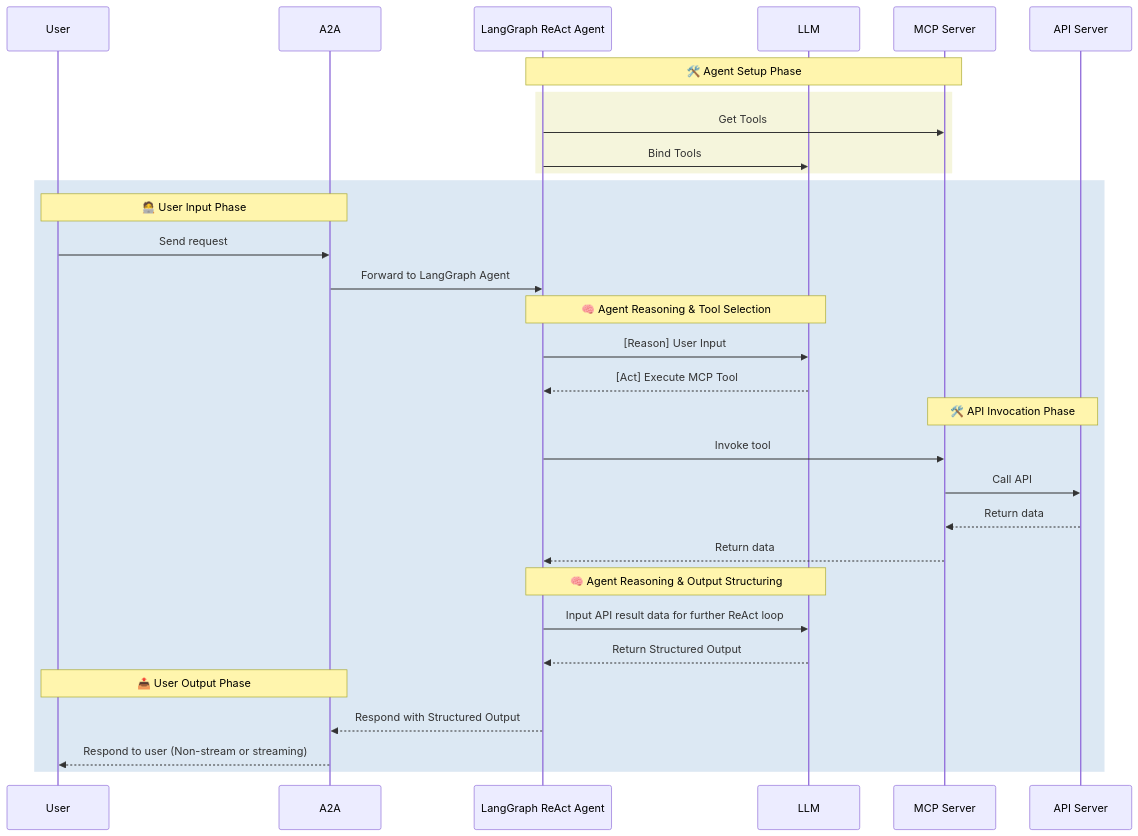
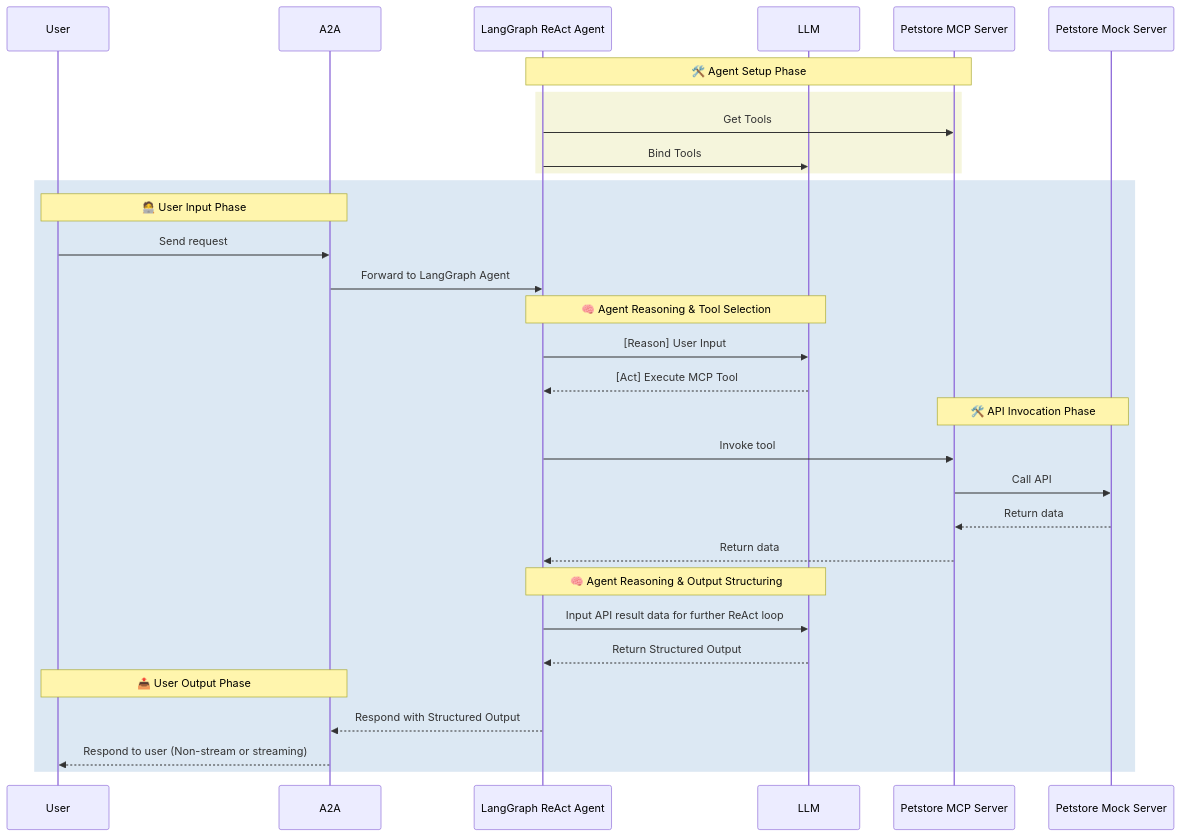
The second of 2 diagrams in docs/docs/agents/template.md (tensai828/ai-driven-platform-operations), drawn with Mermaid before and after one commit. The commit also changed other lines of this file and 8 other files, not shown here.

````diff
--- a/docs/docs/agents/template.md
+++ b/docs/docs/agents/template.md
@@ -41,39 +42,39 @@
 ```mermaid
 sequenceDiagram
   participant User
   participant A2A
   participant Agent as LangGraph ReAct Agent
   participant LLM
-  participant MCP as MCP Server
-  participant APIServer as API Server
+  participant MCP as Petstore MCP Server
+  participant APIServer as Petstore Mock Server
 
   note over Agent,MCP: 🛠️ Agent Setup Phase
   rect rgb(245, 245, 220)
     Agent->>MCP: Get Tools
     Agent->>LLM: Bind Tools
   end
 
   rect rgb(220, 232, 243)
     note over User,A2A: 🧑‍💻 User Input Phase
     User->>A2A: Send request
     A2A->>Agent: Forward to LangGraph Agent
 
     note over Agent,LLM: 🧠 Agent Reasoning & Tool Selection
     Agent->>LLM: [Reason] User Input
     LLM-->>Agent: [Act] Execute MCP Tool
 
     note over MCP,APIServer: 🛠️ API Invocation Phase
     Agent->>MCP: Invoke tool
     MCP->>APIServer: Call API
     APIServer-->>MCP: Return data
     MCP-->>Agent: Return data
 
     note over Agent,LLM: 🧠 Agent Reasoning & Output Structuring
     Agent->>LLM: Input API result data for further ReAct loop
     LLM-->>Agent: Return Structured Output
 
     note over User,A2A: 📤 User Output Phase
     Agent-->>A2A: Respond with Structured Output
     A2A-->>User: Respond to user (Non-stream or streaming)
   end
 ```
````
